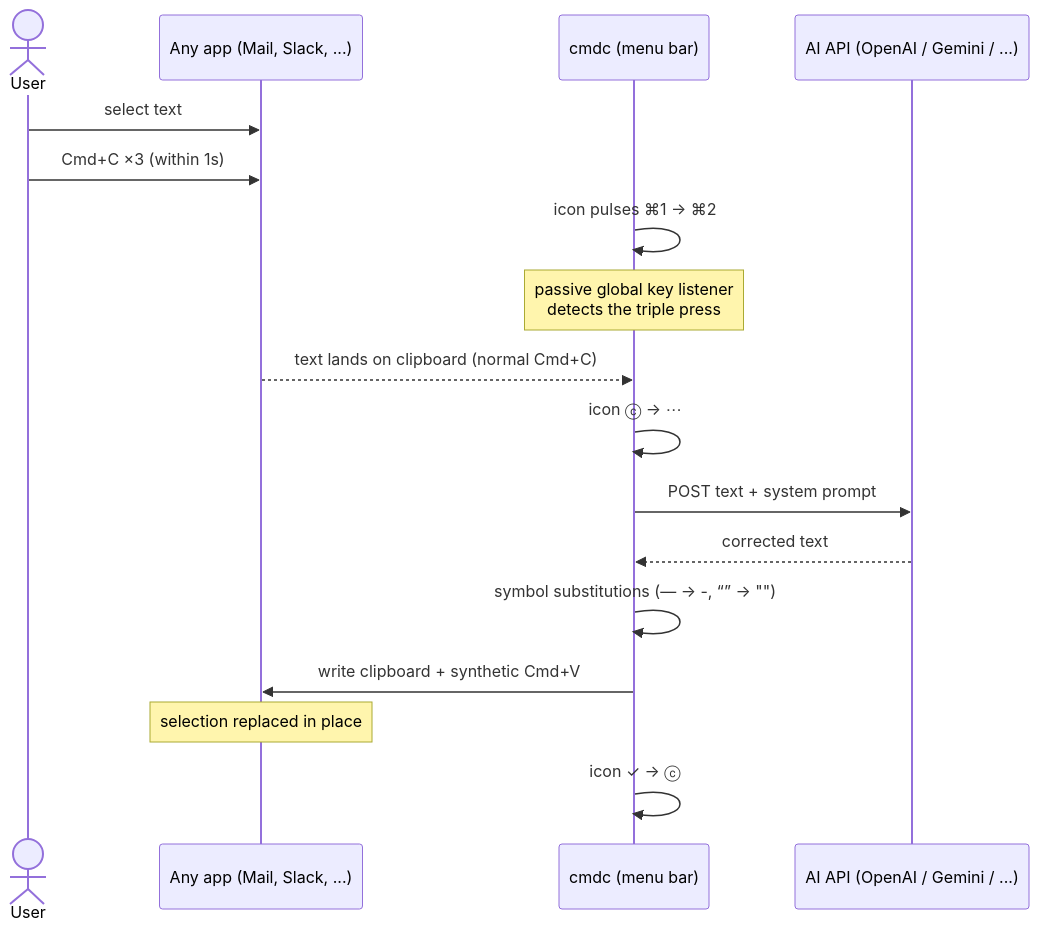
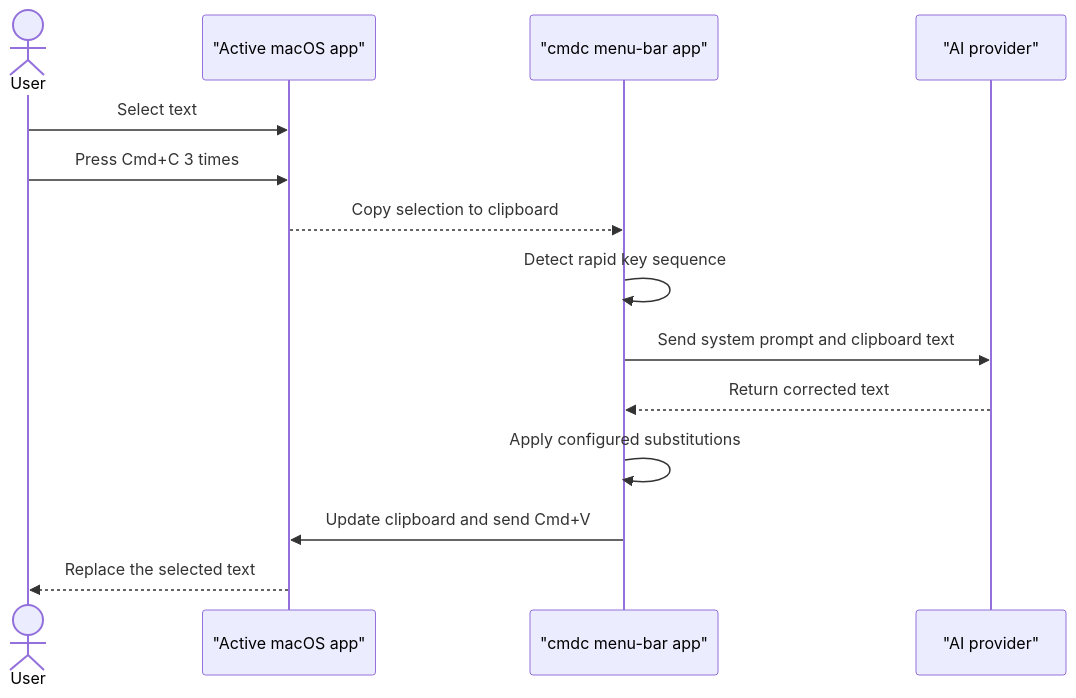
Before and after one commit to gunkow/cmdc: the diagram in README.md, drawn with Mermaid. The commit also changed other lines of this file, not shown here.

````diff
--- a/README.md
+++ b/README.md
@@ -7,20 +142,17 @@
 ```mermaid
 sequenceDiagram
-    actor U as User
-    participant A as Any app (Mail, Slack, ...)
-    participant C as cmdc (menu bar)
-    participant AI as AI API (OpenAI / Gemini / ...)
+    actor User
+    participant App as "Active macOS app"
+    participant cmdc as "cmdc menu-bar app"
+    participant API as "AI provider"
 
-    U->>A: select text
-    U->>A: Cmd+C ×3 (within 1s)
-    C->>C: icon pulses ⌘1 → ⌘2
-    Note over C: passive global key listener<br/>detects the triple press
-    A-->>C: text lands on clipboard (normal Cmd+C)
-    C->>C: icon ⓒ → ⋯
-    C->>AI: POST text + system prompt
-    AI-->>C: corrected text
-    C->>C: symbol substitutions (— → -, “” → "")
-    C->>A: write clipboard + synthetic Cmd+V
-    Note over A: selection replaced in place
-    C->>C: icon ✓ → ⓒ
+    User->>App: Select text
+    User->>App: Press Cmd+C 3 times
+    App-->>cmdc: Copy selection to clipboard
+    cmdc->>cmdc: Detect rapid key sequence
+    cmdc->>API: Send system prompt and clipboard text
+    API-->>cmdc: Return corrected text
+    cmdc->>cmdc: Apply configured substitutions
+    cmdc->>App: Update clipboard and send Cmd+V
+    App-->>User: Replace the selected text
 ```
````
